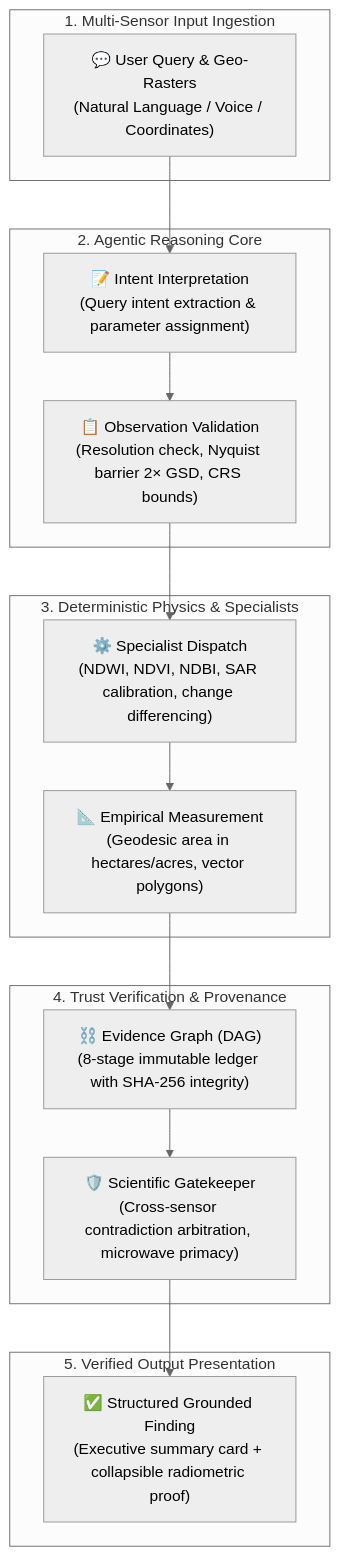
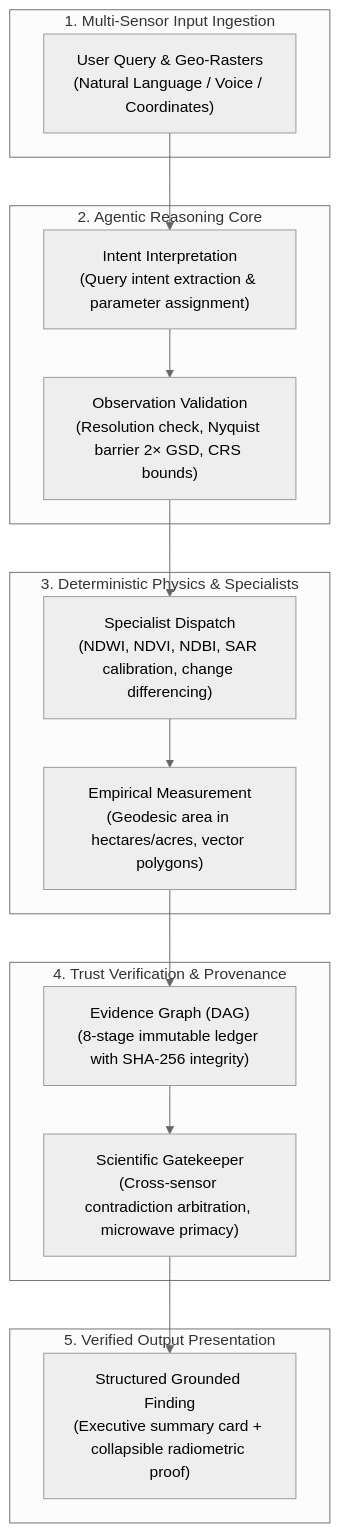
Before and after one commit to Gowrav-M/satquery-ai-sih-2026-evidence: the first of 2 diagrams in README.md, drawn with Mermaid (neutral theme). The commit also changed other lines of this file and 3 other files, not shown here.

Commit message:
docs: remove all emoji characters from diagrams and headings for clean professional rendering

````diff
--- a/README.md
+++ b/README.md
@@ -32,33 +32,33 @@
 ```mermaid
 flowchart TD
     subgraph Ingestion ["1. Multi-Sensor Input Ingestion"]
-        Q["💬 User Query & Geo-Rasters<br/>(Natural Language / Voice / Coordinates)"]
+        Q["User Query & Geo-Rasters<br/>(Natural Language / Voice / Coordinates)"]
     end
 
     subgraph Reasoning ["2. Agentic Reasoning Core"]
-        Intent["📝 Intent Interpretation<br/>(Query intent extraction & parameter assignment)"]
-        Validation["📋 Observation Validation<br/>(Resolution check, Nyquist barrier 2× GSD, CRS bounds)"]
+        Intent["Intent Interpretation<br/>(Query intent extraction & parameter assignment)"]
+        Validation["Observation Validation<br/>(Resolution check, Nyquist barrier 2× GSD, CRS bounds)"]
     end
 
     subgraph Execution ["3. Deterministic Physics & Specialists"]
-        Dispatch["⚙️ Specialist Dispatch<br/>(NDWI, NDVI, NDBI, SAR calibration, change differencing)"]
-        Measure["📐 Empirical Measurement<br/>(Geodesic area in hectares/acres, vector polygons)"]
+        Dispatch["Specialist Dispatch<br/>(NDWI, NDVI, NDBI, SAR calibration, change differencing)"]
+        Measure["Empirical Measurement<br/>(Geodesic area in hectares/acres, vector polygons)"]
     end
 
     subgraph TrustLayer ["4. Trust Verification & Provenance"]
-        DAG["⛓️ Evidence Graph (DAG)<br/>(8-stage immutable ledger with SHA-256 integrity)"]
-        Gatekeeper["🛡️ Scientific Gatekeeper<br/>(Cross-sensor contradiction arbitration, microwave primacy)"]
+        DAG["Evidence Graph (DAG)<br/>(8-stage immutable ledger with SHA-256 integrity)"]
+        Gatekeeper["Scientific Gatekeeper<br/>(Cross-sensor contradiction arbitration, microwave primacy)"]
     end
 
     subgraph Delivery ["5. Verified Output Presentation"]
-        Finding["✅ Structured Grounded Finding<br/>(Executive summary card + collapsible radiometric proof)"]
+        Finding["Structured Grounded Finding<br/>(Executive summary card + collapsible radiometric proof)"]
     end
 
     Q --> Intent
     Intent --> Validation
     Validation --> Dispatch
     Dispatch --> Measure
     Measure --> DAG
     DAG --> Gatekeeper
     Gatekeeper --> Finding
 ```
````
